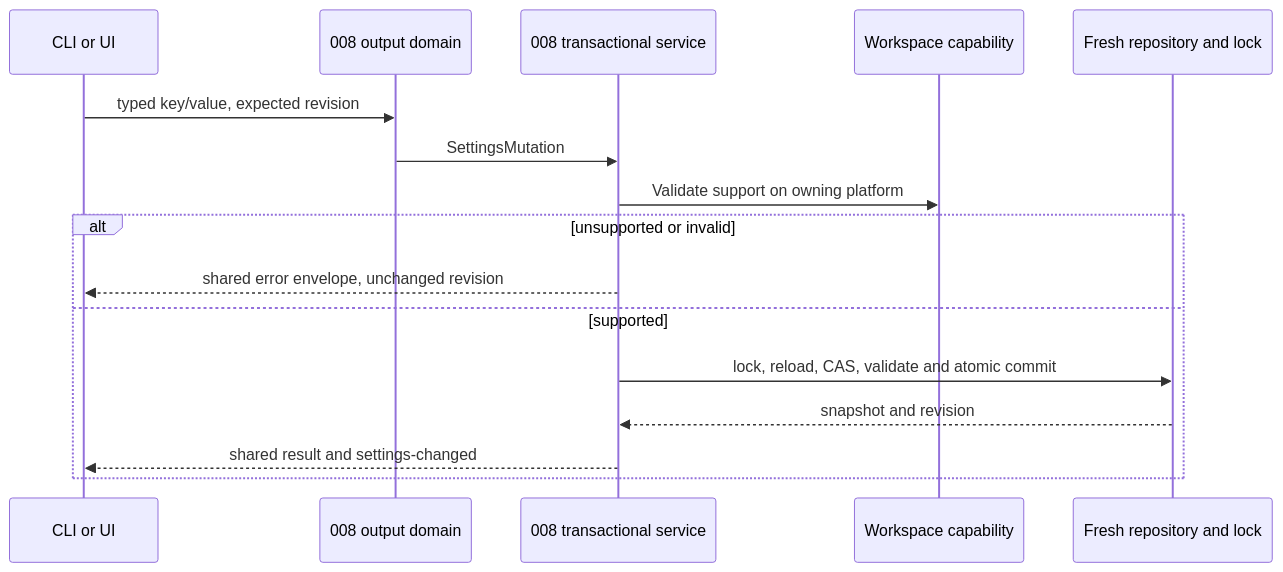
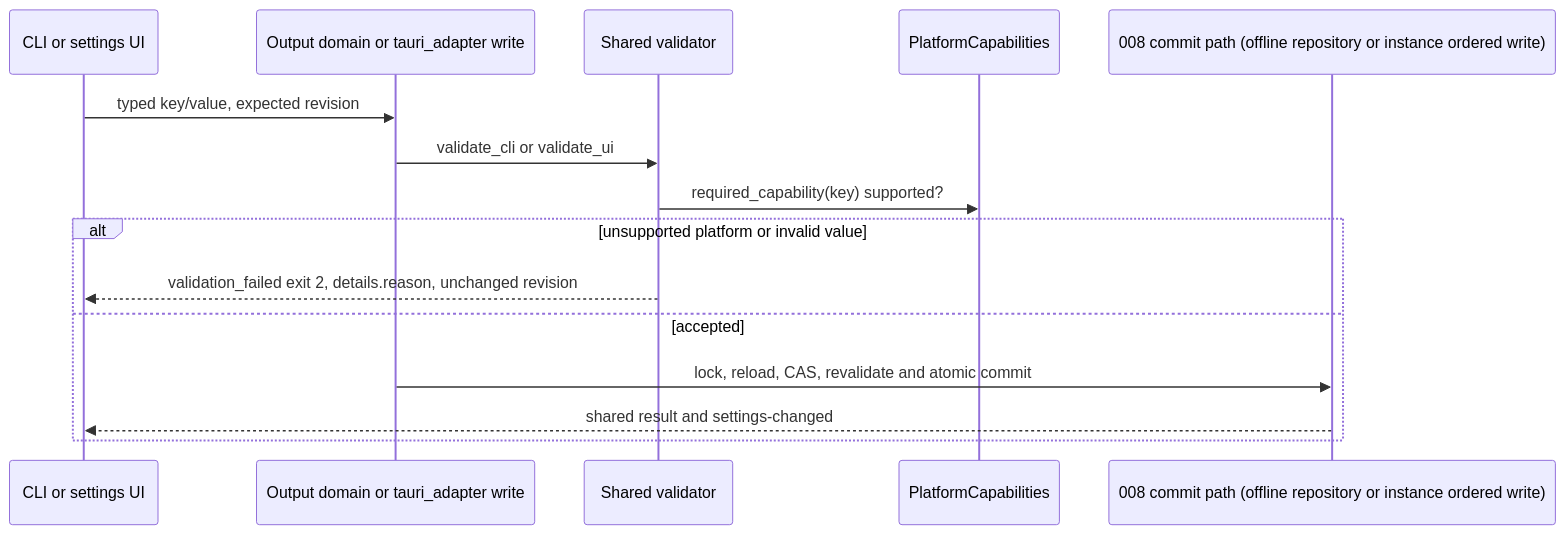
One commit to julien-m/handy changed the second of 6 diagrams in .specs/features/006-destination-application/plan.md. Above: the diagram before and after it, drawn with Mermaid. The commit also changed other lines of this file and 6 other files, not shown here.

````diff
--- a/.specs/features/006-destination-application/plan.md
+++ b/.specs/features/006-destination-application/plan.md
@@ -214,18 +313,17 @@
 ```mermaid
 sequenceDiagram
-  participant C as CLI or UI
-  participant O as 008 output domain
-  participant S as 008 transactional service
-  participant W as Workspace capability
-  participant F as Fresh repository and lock
+  participant C as CLI or settings UI
+  participant O as Output domain or tauri_adapter write
+  participant V as Shared validator
+  participant P as PlatformCapabilities
+  participant S as 008 commit path (offline repository or instance ordered write)
   C->>O: typed key/value, expected revision
-  O->>S: SettingsMutation
-  S->>W: Validate support on owning platform
-  alt unsupported or invalid
-    S-->>C: shared error envelope, unchanged revision
-  else supported
-    S->>F: lock, reload, CAS, validate and atomic commit
-    F-->>S: snapshot and revision
+  O->>V: validate_cli or validate_ui
+  V->>P: required_capability(key) supported?
+  alt unsupported platform or invalid value
+    V-->>C: validation_failed exit 2, details.reason, unchanged revision
+  else accepted
+    O->>S: lock, reload, CAS, revalidate and atomic commit
     S-->>C: shared result and settings-changed
   end
 ```
````
